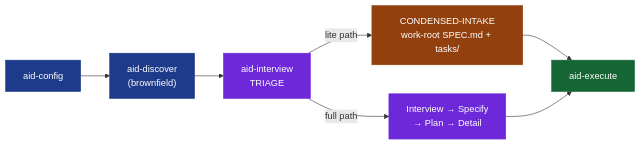
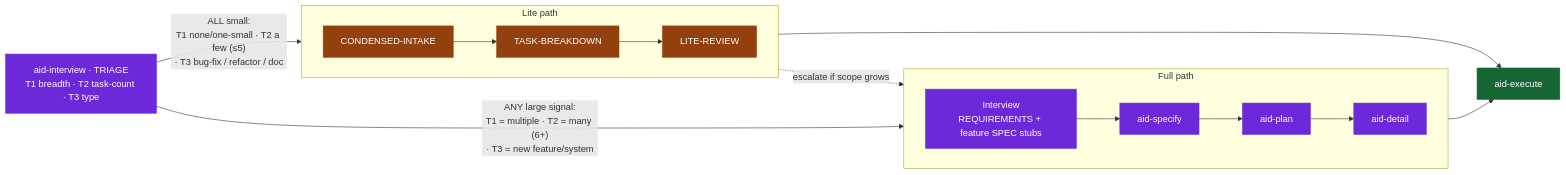
The fourth of 7 diagrams in methodology/aid-methodology.md (AndreVianna/aid-methodology), drawn with Mermaid before and after one commit. The commit also changed other lines of this file and 4 other files, not shown here.

````diff
--- a/methodology/aid-methodology.md
+++ b/methodology/aid-methodology.md
@@ -1070,18 +440,29 @@
 ```mermaid
 flowchart LR
-    classDef prep fill:#1E3A8A,stroke:#1E3A8A,color:#ffffff
-    classDef def fill:#6D28D9,stroke:#6D28D9,color:#ffffff
-    classDef exe fill:#166534,stroke:#166534,color:#ffffff
-    classDef lite fill:#92400E,stroke:#92400E,color:#ffffff
+    classDef def   fill:#6D28D9,stroke:#6D28D9,color:#ffffff
+    classDef exe   fill:#166534,stroke:#166534,color:#ffffff
+    classDef lite  fill:#92400E,stroke:#92400E,color:#ffffff
 
-    Init["aid-config"]:::prep
-    Disc["aid-discover<br/>(brownfield)"]:::prep
-    Triage["aid-interview<br/>TRIAGE"]:::def
-    Condensed["CONDENSED-INTAKE<br/>work-root SPEC.md + tasks/"]:::lite
-    Execute["aid-execute"]:::exe
+    Triage["aid-interview · TRIAGE<br/>T1 breadth · T2 task-count · T3 type"]:::def
 
-    Init --> Disc --> Triage
-    Triage -- "full path" --> Full["Interview → Specify<br/>→ Plan → Detail"]:::def
-    Triage -- "lite path" --> Condensed --> Execute
-    Full --> Execute
+    subgraph FullPath[" Full path "]
+        direction LR
+        F1["Interview<br/>REQUIREMENTS + feature SPEC stubs"]:::def
+        F2["aid-specify"]:::def
+        F3["aid-plan"]:::def
+        F4["aid-detail"]:::def
+    end
+    subgraph LitePath[" Lite path "]
+        direction LR
+        L1["CONDENSED-INTAKE"]:::lite
+        L2["TASK-BREAKDOWN"]:::lite
+        L3["LITE-REVIEW"]:::lite
+    end
+    Exec["aid-execute"]:::exe
+
+    Triage -- "ANY large signal:<br/>T1 = multiple · T2 = many (6+)<br/>· T3 = new feature/system" --> F1
+    F1 --> F2 --> F3 --> F4 --> Exec
+    Triage -- "ALL small:<br/>T1 none/one-small · T2 a few (≤5)<br/>· T3 bug-fix / refactor / doc" --> L1
+    L1 --> L2 --> L3 --> Exec
+    L3 -. "escalate if scope grows" .-> F1
 ```
````
